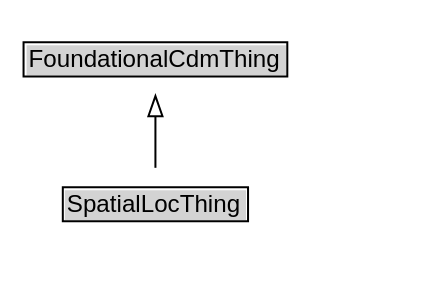
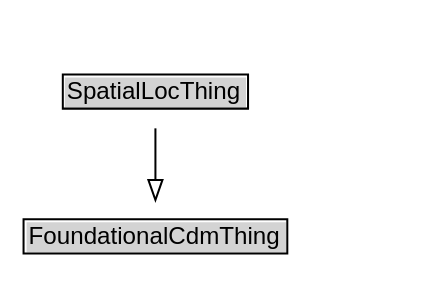
The diagram in docs/diagrams/SpatialLocThing.dot (k-vaughn/ontology-cdm-p1-v1), drawn with Graphviz before and after one commit. The commit also changed 283 other files, not shown here.

```diff
--- a/docs/diagrams/SpatialLocThing.dot
+++ b/docs/diagrams/SpatialLocThing.dot
@@ -1,16 +1,16 @@
 // Diagram for SpatialLocThing
 digraph {
 	graph [overlap=false rankdir=TB splines=true]
 	node [fontname=Arial fontsize=12 margin=0 shape=none]
 	edge [fontname=Arial fontsize=11]
+	SpatialLocThing [label=<<TABLE BORDER="1" CELLBORDER="0" CELLSPACING="0" CELLPADDING="1"><TR><TD BGCOLOR="lightgray" ALIGN="CENTER">SpatialLocThing</TD></TR></TABLE>> URL="../SpatialLocThing" margin=0]
 	{
 		rank=max
-		SpatialLocThing [label=<<TABLE BORDER="1" CELLBORDER="0" CELLSPACING="0" CELLPADDING="1"><TR><TD BGCOLOR="lightgray" ALIGN="CENTER" PORT="e">SpatialLocThing</TD></TR></TABLE>> URL="../SpatialLocThing.md" margin=0]
 	}
 	subgraph cluster_associated {
 		label="" style=invis
 		Invis [label=<<TABLE BORDER="0" CELLBORDER="0" CELLSPACING="0" CELLPADDING="1"><TR><TD></TD></TR></TABLE>> margin=0 style=invis]
 	}
-	FoundationalCdmThing [label=<<TABLE BORDER="1" CELLBORDER="0" CELLSPACING="0" CELLPADDING="1"><TR><TD BGCOLOR="lightgray" ALIGN="CENTER">FoundationalCdmThing</TD></TR></TABLE>> URL="../FoundationalCdmThing.md" margin=0]
+	FoundationalCdmThing [label=<<TABLE BORDER="1" CELLBORDER="0" CELLSPACING="0" CELLPADDING="1"><TR><TD BGCOLOR="lightgray" ALIGN="CENTER">FoundationalCdmThing</TD></TR></TABLE>> URL="../FoundationalCdmThing" margin=0]
 	SpatialLocThing -> FoundationalCdmThing [arrowhead=onormal style=solid]
 }
```
